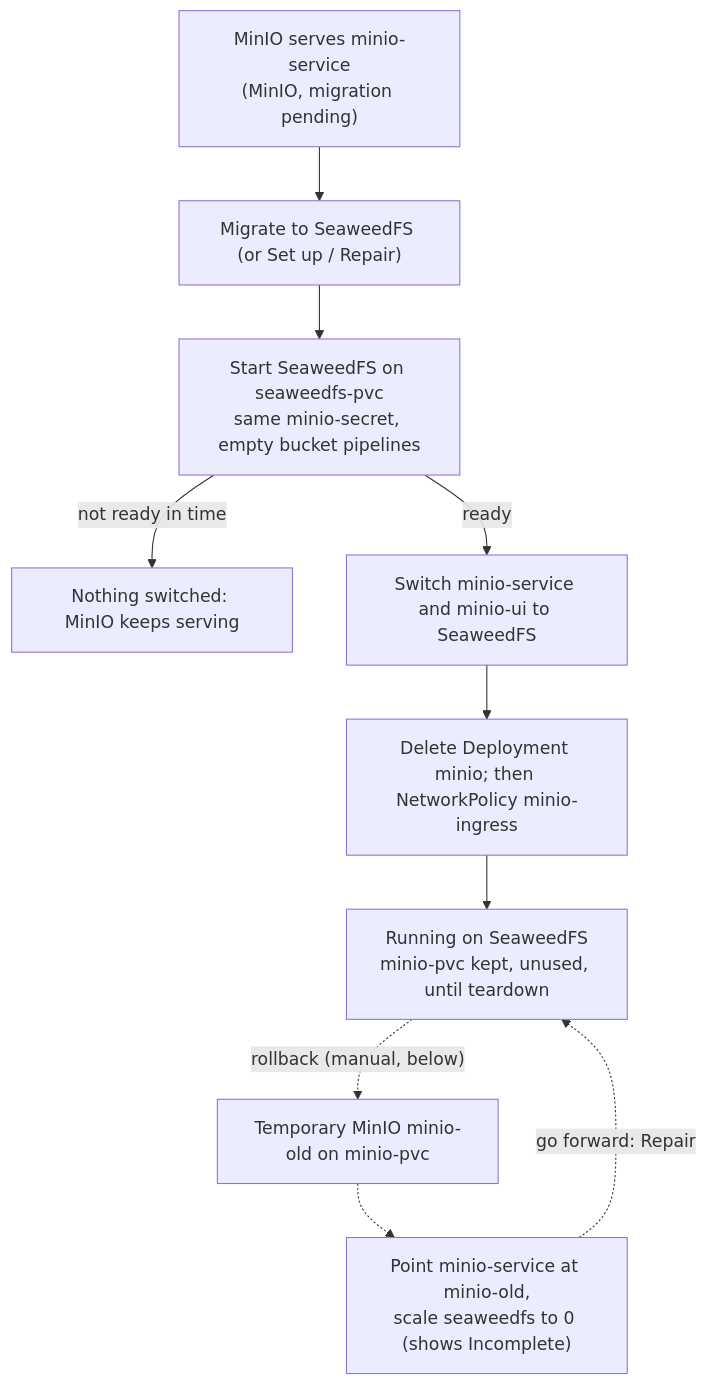
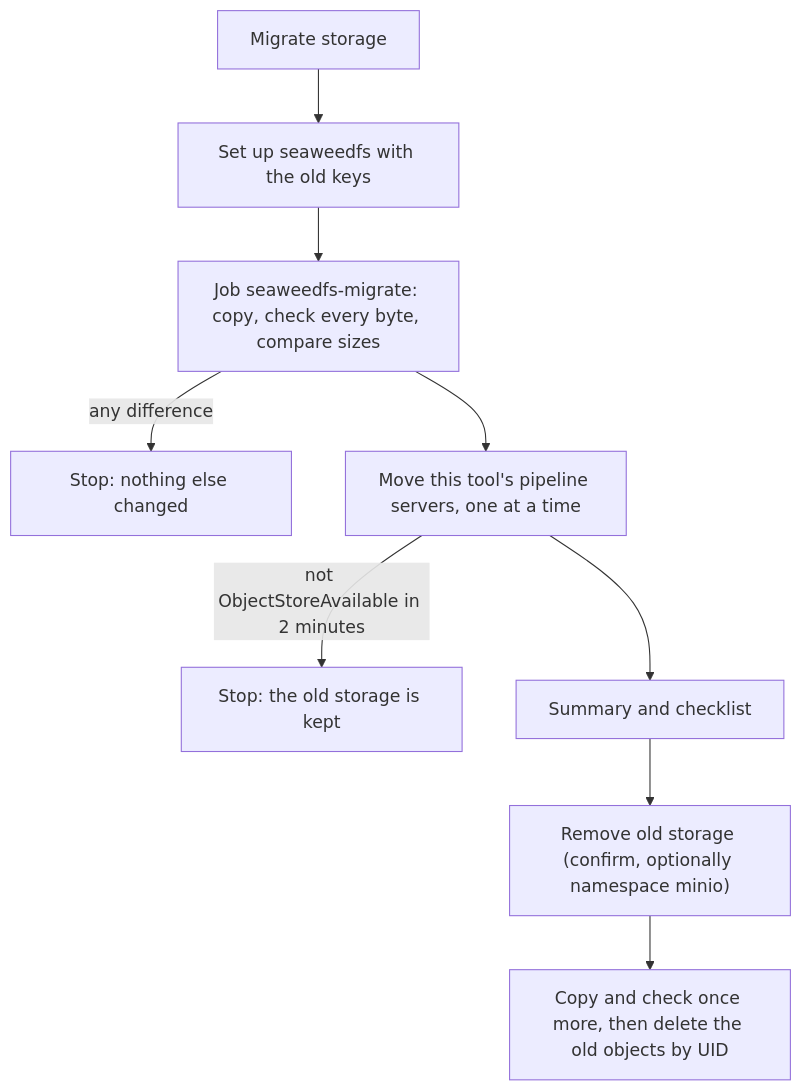
Before and after one commit to DaoDaoNoCode/rhoai-nightly-updater: the third of 3 diagrams in RUNBOOK.md, drawn with Mermaid. The commit also changed other lines of this file and 17 other files, not shown here.

First line of the commit message:
Docs: S3 storage names and Migrate storage

````diff
--- a/RUNBOOK.md
+++ b/RUNBOOK.md
@@ -322,12 +330,11 @@
 ```mermaid
 flowchart TD
-  M0["MinIO serves minio-service<br>(MinIO, migration pending)"] --> M1["Migrate to SeaweedFS (or Set up / Repair)"]
-  M1 --> M2["Start SeaweedFS on seaweedfs-pvc<br>same minio-secret, empty bucket pipelines"]
-  M2 -->|"not ready in time"| MX["Nothing switched: MinIO keeps serving"]
-  M2 -->|ready| M3["Switch minio-service and minio-ui to SeaweedFS"]
-  M3 --> M4["Delete Deployment minio; then NetworkPolicy minio-ingress"]
-  M4 --> M5["Running on SeaweedFS<br>minio-pvc kept, unused, until teardown"]
-  M5 -.->|"rollback (manual, below)"| RB1["Temporary MinIO minio-old on minio-pvc"]
-  RB1 -.-> RB2["Point minio-service at minio-old,<br>scale seaweedfs to 0 (shows Incomplete)"]
-  RB2 -.->|"go forward: Repair"| M5
+  A["Migrate storage"] --> B["Set up seaweedfs with the old keys"]
+  B --> C["Job seaweedfs-migrate: copy, check every byte, compare sizes"]
+  C -->|"any difference"| X["Stop: nothing else changed"]
+  C --> D["Move this tool's pipeline servers, one at a time"]
+  D -->|"not ObjectStoreAvailable in 2 minutes"| Y["Stop: the old storage is kept"]
+  D --> E["Summary and checklist"]
+  E --> F["Remove old storage (confirm, optionally namespace minio)"]
+  F --> G["Copy and check once more, then delete the old objects by UID"]
 ```
````
